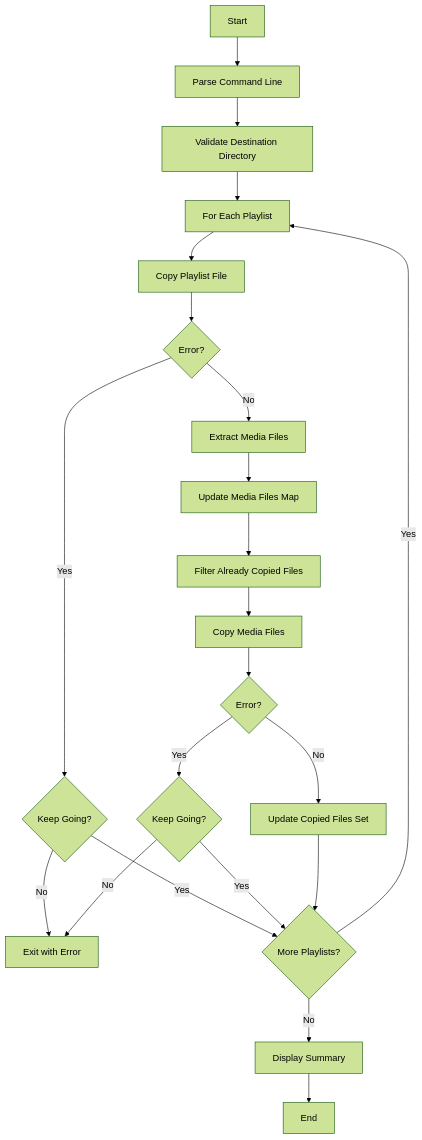
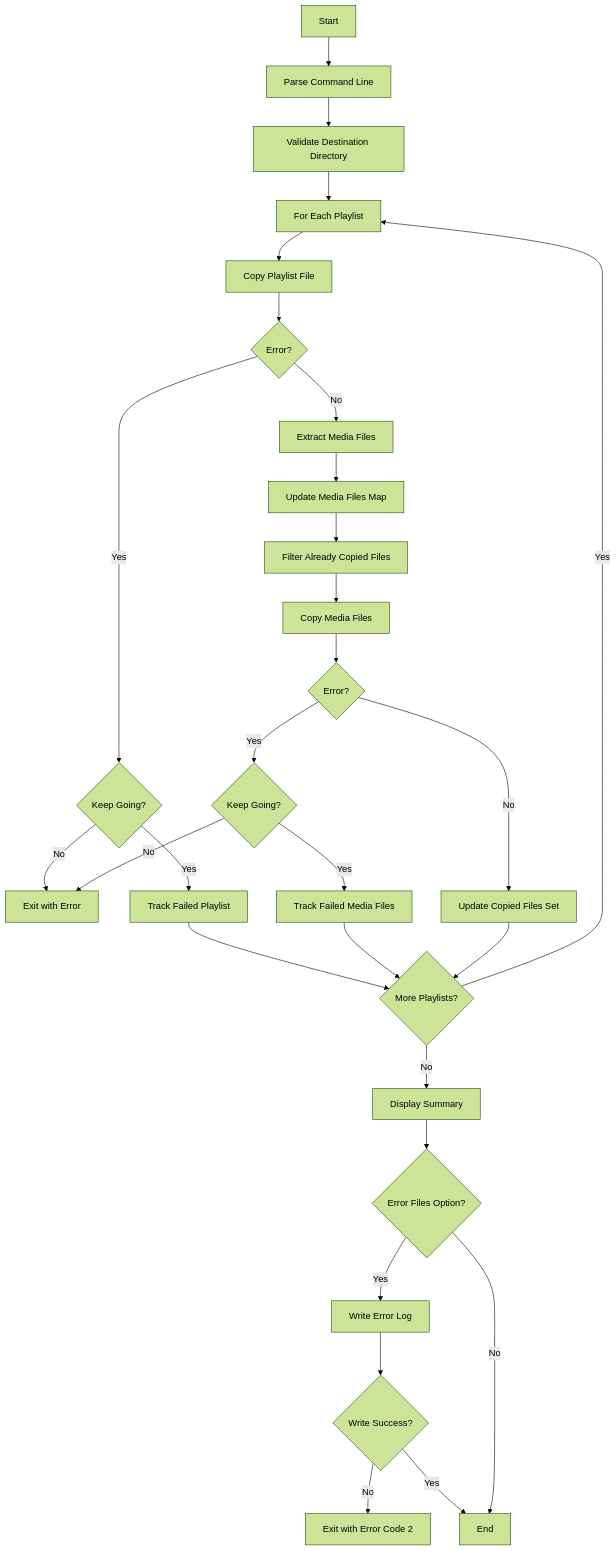
The first of 2 diagrams in doc/plm-put-playlist.md (upperstream/playlist-manager), drawn with Mermaid (forest theme) before and after one commit. The commit also changed other lines of this file and 4 other files, not shown here.

Commit message:
Add `--error-files` option to `plm-put-playlist` for logging failed files

````diff
--- a/doc/plm-put-playlist.md
+++ b/doc/plm-put-playlist.md
@@ -39,24 +41,31 @@
 ```mermaid
 flowchart TD
     A[Start] --> B[Parse Command Line]
     B --> C[Validate Destination Directory]
     C --> D[For Each Playlist]
     D --> E[Copy Playlist File]
     E --> F{Error?}
     F -->|Yes| G{Keep Going?}
     G -->|No| H[Exit with Error]
-    G -->|Yes| K
+    G -->|Yes| I1[Track Failed Playlist]
+    I1 --> K
     F -->|No| I[Extract Media Files]
     I --> J[Update Media Files Map]
     J --> L[Filter Already Copied Files]
     L --> M[Copy Media Files]
     M --> N{Error?}
     N -->|Yes| O{Keep Going?}
     O -->|No| H
-    O -->|Yes| K
+    O -->|Yes| O1[Track Failed Media Files]
+    O1 --> K
     N -->|No| P[Update Copied Files Set]
     P --> K{More Playlists?}
     K -->|Yes| D
     K -->|No| Q[Display Summary]
-    Q --> R[End]
+    Q --> Q1{Error Files Option?}
+    Q1 -->|Yes| Q2[Write Error Log]
+    Q2 --> Q3{Write Success?}
+    Q3 -->|No| Q4[Exit with Error Code 2]
+    Q3 -->|Yes| R[End]
+    Q1 -->|No| R
 ```
````
